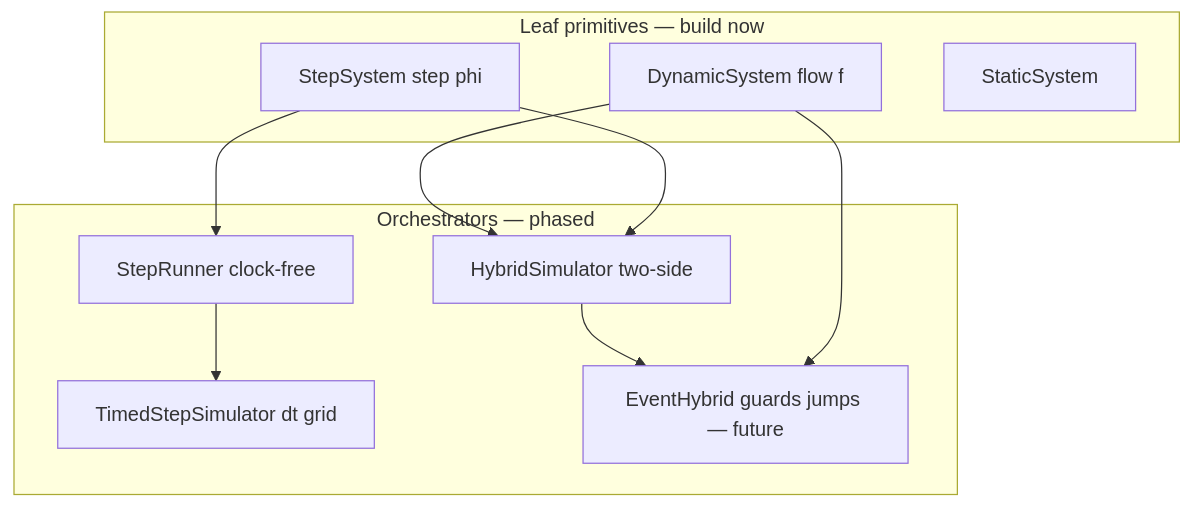
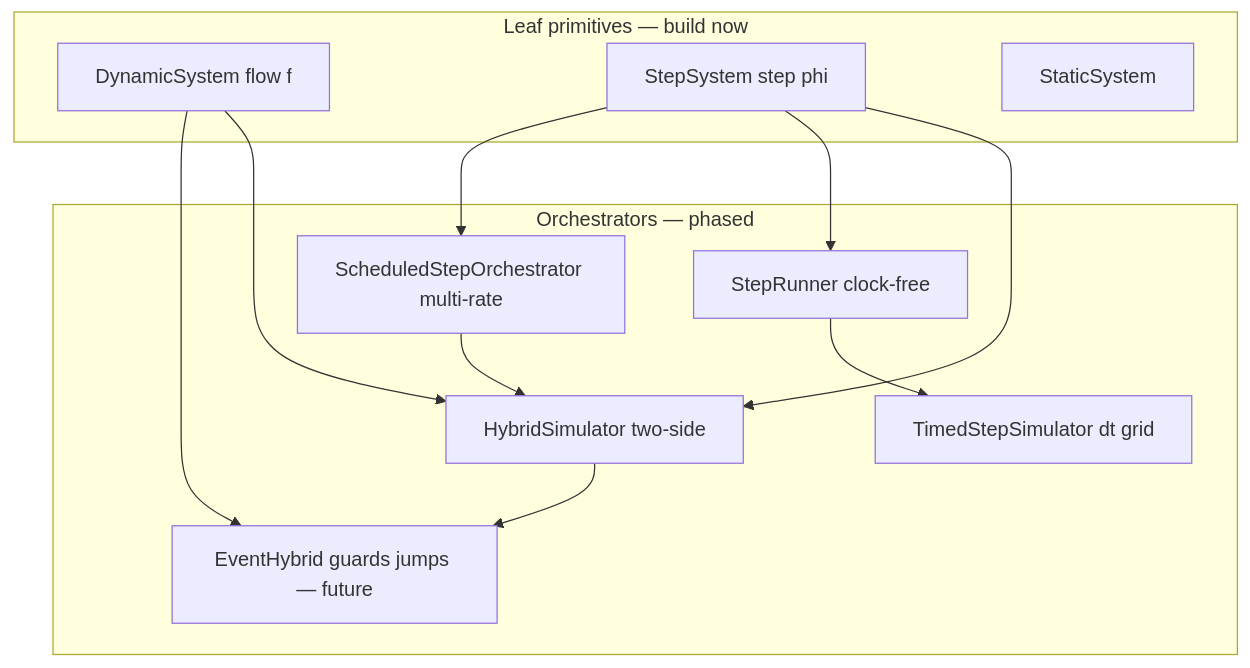
The third of 4 diagrams in docs/plans/hybrid-discrete-simulation.md (alx87grd/minilink), drawn with Mermaid before and after one commit. The commit also changed other lines of this file and 1 other file, not shown here.

First line of the commit message:
docs: Phase B multi-rate via orchestrator buffers (expansion optional)

````diff
--- a/docs/plans/hybrid-discrete-simulation.md
+++ b/docs/plans/hybrid-discrete-simulation.md
@@ -388,21 +446,23 @@
 ```mermaid
 flowchart TB
     subgraph primitives [Leaf primitives — build now]
         DS[DynamicSystem flow f]
         SS[StepSystem step phi]
         ST[StaticSystem]
     end
 
     subgraph schedulers [Orchestrators — phased]
         SR[StepRunner clock-free]
         TS[TimedStepSimulator dt grid]
+        SO[ScheduledStepOrchestrator multi-rate]
         H1[HybridSimulator two-side]
         H2[EventHybrid guards jumps — future]
     end
 
     DS --> H1
     SS --> H1
     SS --> SR --> TS
+    SS --> SO --> H1
     H1 --> H2
     DS --> H2
 ```
````
